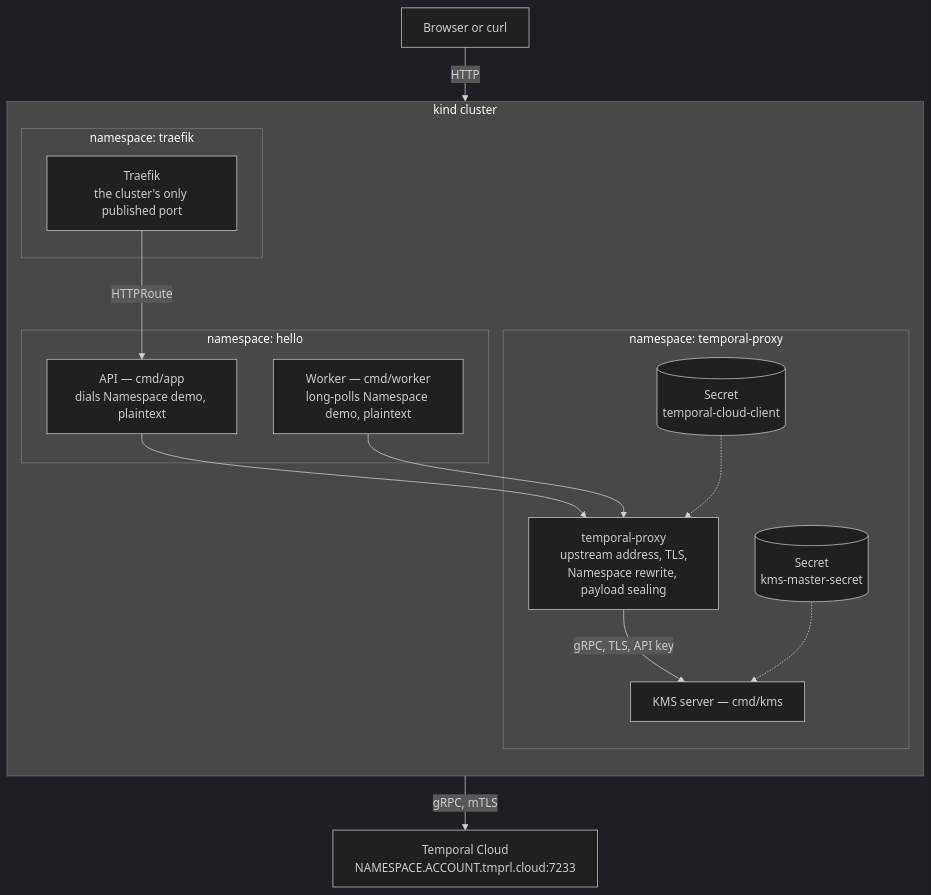
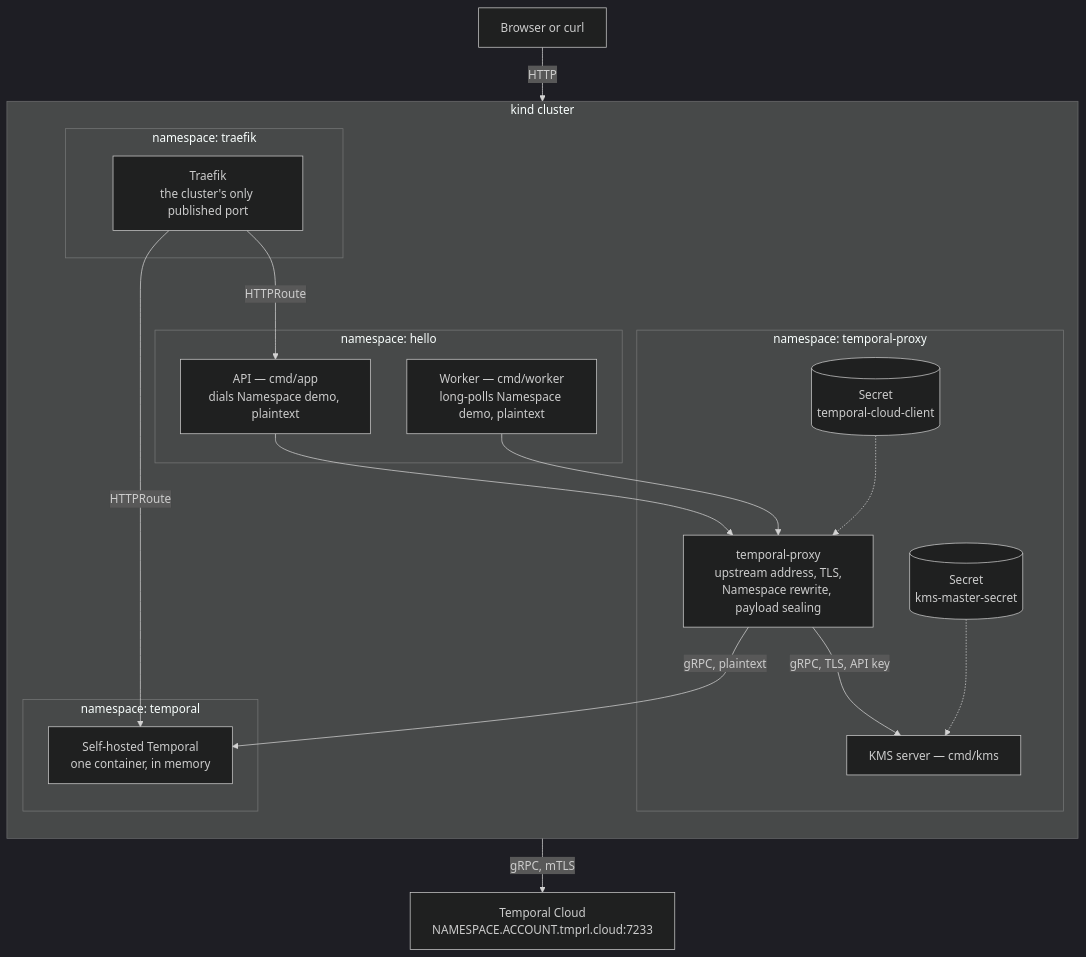
The diagram in README.md (alexandreroman/temporal-proxy-demo), drawn with Mermaid (dark theme) before and after one commit. The commit also changed other lines of this file and 10 other files, not shown here.

````diff
--- a/README.md
+++ b/README.md
@@ -28,34 +30,40 @@
 ```mermaid
 flowchart TB
     client["Browser or curl"]
     cloud["Temporal Cloud<br/>NAMESPACE.ACCOUNT.tmprl.cloud:7233"]
 
     subgraph kind["kind cluster"]
         direction TB
 
         subgraph ns_traefik["namespace: traefik"]
             traefik["Traefik<br/>the cluster's only published port"]
         end
 
         subgraph ns_hello["namespace: hello"]
             api["API — cmd/app<br/>dials Namespace demo, plaintext"]
             worker["Worker — cmd/worker<br/>long-polls Namespace demo, plaintext"]
         end
 
         subgraph ns_proxy["namespace: temporal-proxy"]
             proxy["temporal-proxy<br/>upstream address, TLS,<br/>Namespace rewrite, payload sealing"]
             kms["KMS server — cmd/kms"]
             cert[("Secret<br/>temporal-cloud-client")]
             master[("Secret<br/>kms-master-secret")]
         end
+
+        subgraph ns_temporal["namespace: temporal"]
+            selfhosted["Self-hosted Temporal<br/>one container, in memory"]
+        end
     end
 
     client -->|HTTP| traefik
     traefik -->|HTTPRoute| api
+    traefik -->|HTTPRoute| selfhosted
     api --> proxy
     worker --> proxy
     proxy -->|"gRPC, TLS, API key"| kms
     proxy -->|"gRPC, mTLS"| cloud
+    proxy -->|"gRPC, plaintext"| selfhosted
     cert -.-> proxy
     master -.-> kms
 ```
````
